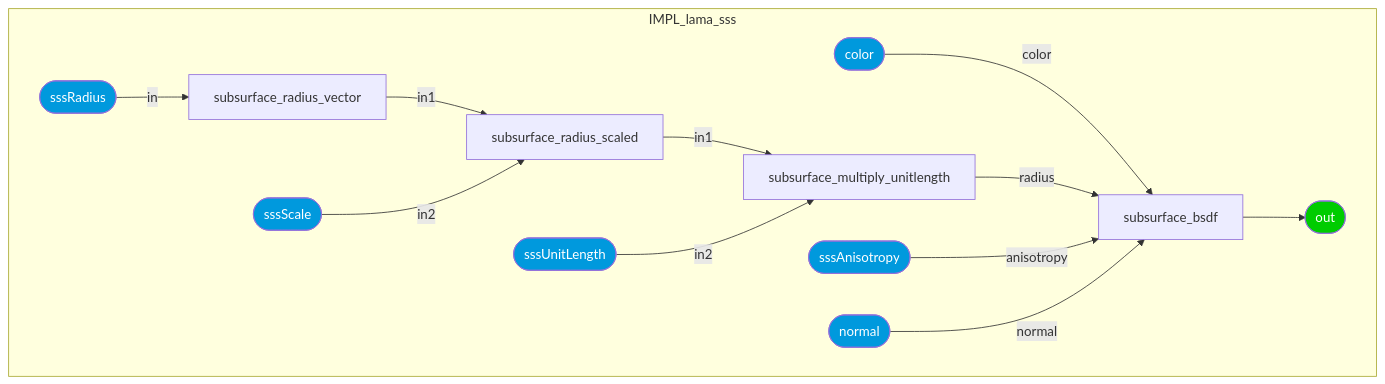
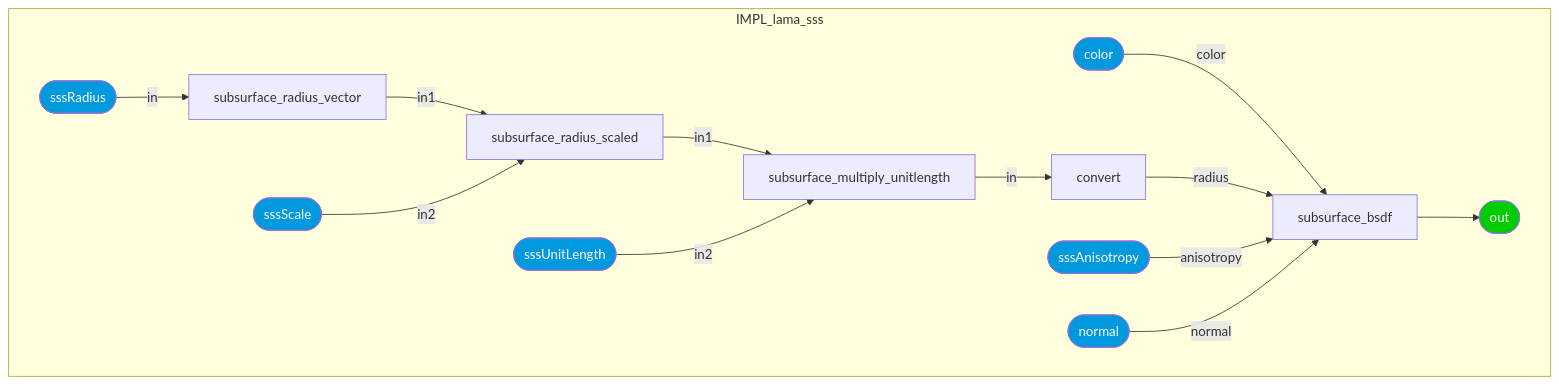
Before and after one commit to kwokcb/MaterialX_Learn: diagram 33 of 36 in documents/definitions/bxdf_doc.md, drawn with Mermaid. The commit also changed other lines of this file and 1422 other files, not shown here.

````diff
--- a/documents/definitions/bxdf_doc.md
+++ b/documents/definitions/bxdf_doc.md
@@ -3164,33 +3186,35 @@
 ```mermaid
 graph TB
     subgraph IMPL_lama_sss
     IMPL_lama_sss_subsurface_radius_vector[subsurface_radius_vector]
     IMPL_lama_sss_subsurface_radius_scaled[subsurface_radius_scaled]
     IMPL_lama_sss_subsurface_multiply_unitlength[subsurface_multiply_unitlength]
     IMPL_lama_sss_subsurface_bsdf[subsurface_bsdf]
     style IMPL_lama_sss_out  fill:#0C0, color:#FFF
     IMPL_lama_sss_out([out])
+    IMPL_lama_sss_convert[convert]
     style IMPL_lama_sss_sssRadius  fill:#09D, color:#FFF
     IMPL_lama_sss_sssRadius([sssRadius])
     style IMPL_lama_sss_sssScale  fill:#09D, color:#FFF
     IMPL_lama_sss_sssScale([sssScale])
     style IMPL_lama_sss_sssUnitLength  fill:#09D, color:#FFF
     IMPL_lama_sss_sssUnitLength([sssUnitLength])
     style IMPL_lama_sss_color  fill:#09D, color:#FFF
     IMPL_lama_sss_color([color])
     style IMPL_lama_sss_sssAnisotropy  fill:#09D, color:#FFF
     IMPL_lama_sss_sssAnisotropy([sssAnisotropy])
     style IMPL_lama_sss_normal  fill:#09D, color:#FFF
     IMPL_lama_sss_normal([normal])
     end
     IMPL_lama_sss_sssRadius --"in"--> IMPL_lama_sss_subsurface_radius_vector
     IMPL_lama_sss_subsurface_radius_vector --"in1"--> IMPL_lama_sss_subsurface_radius_scaled
     IMPL_lama_sss_sssScale --"in2"--> IMPL_lama_sss_subsurface_radius_scaled
     IMPL_lama_sss_subsurface_radius_scaled --"in1"--> IMPL_lama_sss_subsurface_multiply_unitlength
     IMPL_lama_sss_sssUnitLength --"in2"--> IMPL_lama_sss_subsurface_multiply_unitlength
     IMPL_lama_sss_color --"color"--> IMPL_lama_sss_subsurface_bsdf
-    IMPL_lama_sss_subsurface_multiply_unitlength --"radius"--> IMPL_lama_sss_subsurface_bsdf
+    IMPL_lama_sss_convert --"radius"--> IMPL_lama_sss_subsurface_bsdf
     IMPL_lama_sss_sssAnisotropy --"anisotropy"--> IMPL_lama_sss_subsurface_bsdf
     IMPL_lama_sss_normal --"normal"--> IMPL_lama_sss_subsurface_bsdf
     IMPL_lama_sss_subsurface_bsdf --> IMPL_lama_sss_out
+    IMPL_lama_sss_subsurface_multiply_unitlength --"in"--> IMPL_lama_sss_convert
 ```
````
